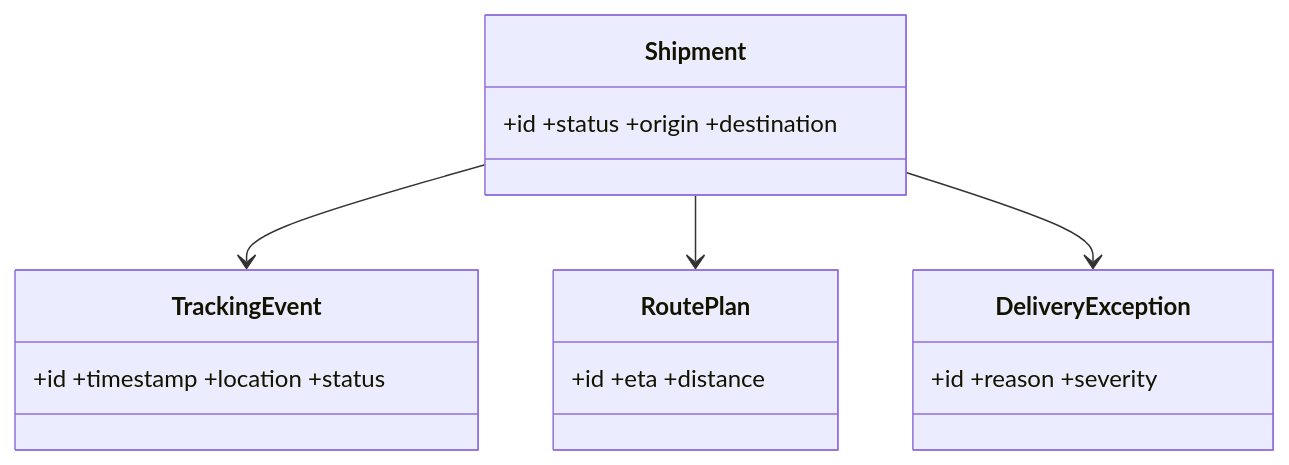
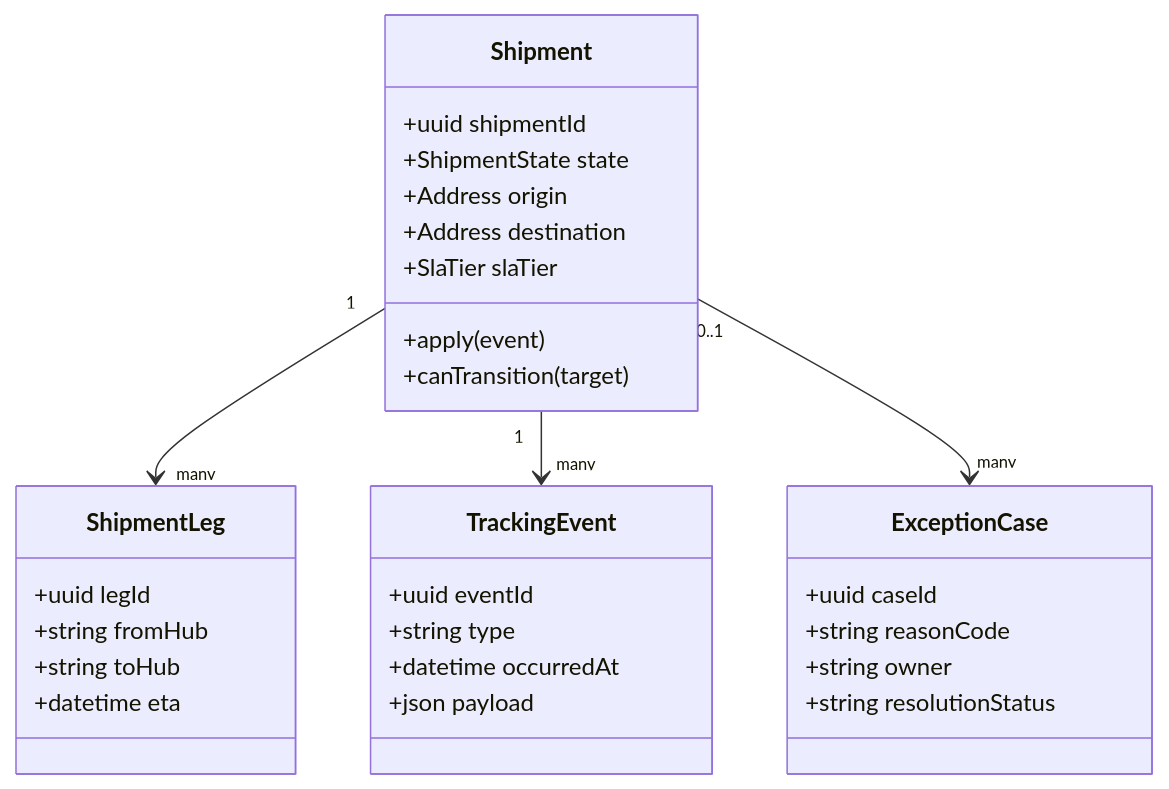
One commit to 0Ankit0/Project-Ideas changed the diagram in Logistics Tracking System/detailed-design/class-diagram.md. Above: the diagram before and after it, drawn with Mermaid. The commit also changed other lines of this file and 36 other files, not shown here.

Commit message:
Deepen logistics docs with implementation-ready diagrams and operations guidance

````diff
--- a/Logistics Tracking System/detailed-design/class-diagram.md
+++ b/Logistics Tracking System/detailed-design/class-diagram.md
@@ -3,10 +3,33 @@
 ```mermaid
 classDiagram
-  class Shipment {+id +status +origin +destination}
-  class TrackingEvent {+id +timestamp +location +status}
-  class RoutePlan {+id +eta +distance}
-  class DeliveryException {+id +reason +severity}
-  Shipment --> TrackingEvent
-  Shipment --> RoutePlan
-  Shipment --> DeliveryException
+  class Shipment {
+    +uuid shipmentId
+    +ShipmentState state
+    +Address origin
+    +Address destination
+    +SlaTier slaTier
+    +apply(event)
+    +canTransition(target)
+  }
+  class ShipmentLeg {
+    +uuid legId
+    +string fromHub
+    +string toHub
+    +datetime eta
+  }
+  class TrackingEvent {
+    +uuid eventId
+    +string type
+    +datetime occurredAt
+    +json payload
+  }
+  class ExceptionCase {
+    +uuid caseId
+    +string reasonCode
+    +string owner
+    +string resolutionStatus
+  }
+  Shipment "1" --> "many" ShipmentLeg
+  Shipment "1" --> "many" TrackingEvent
+  Shipment "0..1" --> "many" ExceptionCase
 ```
````
